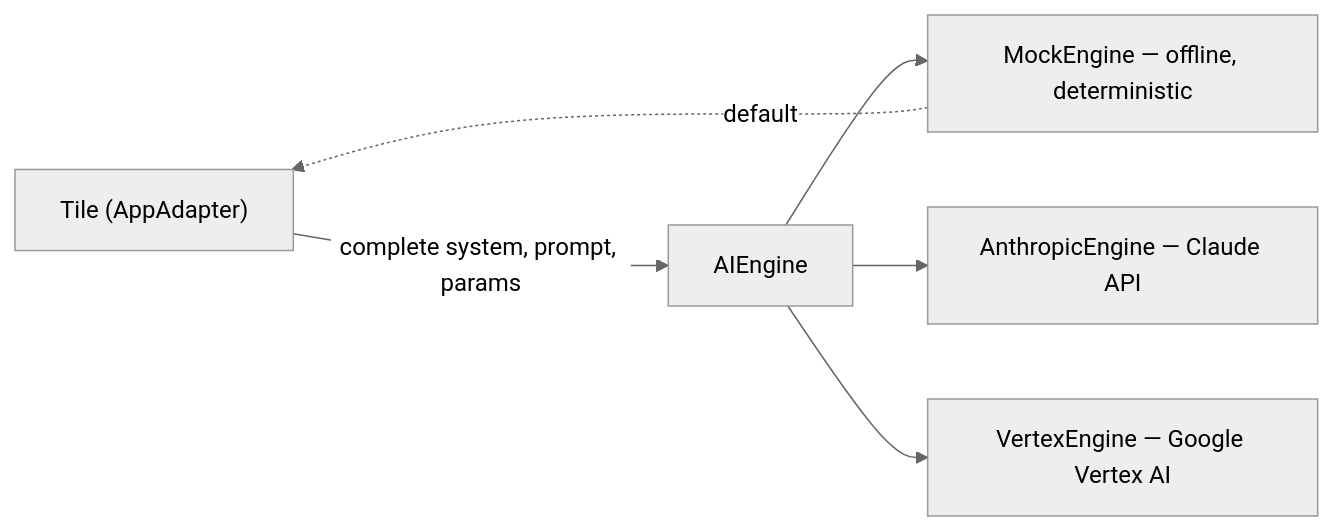
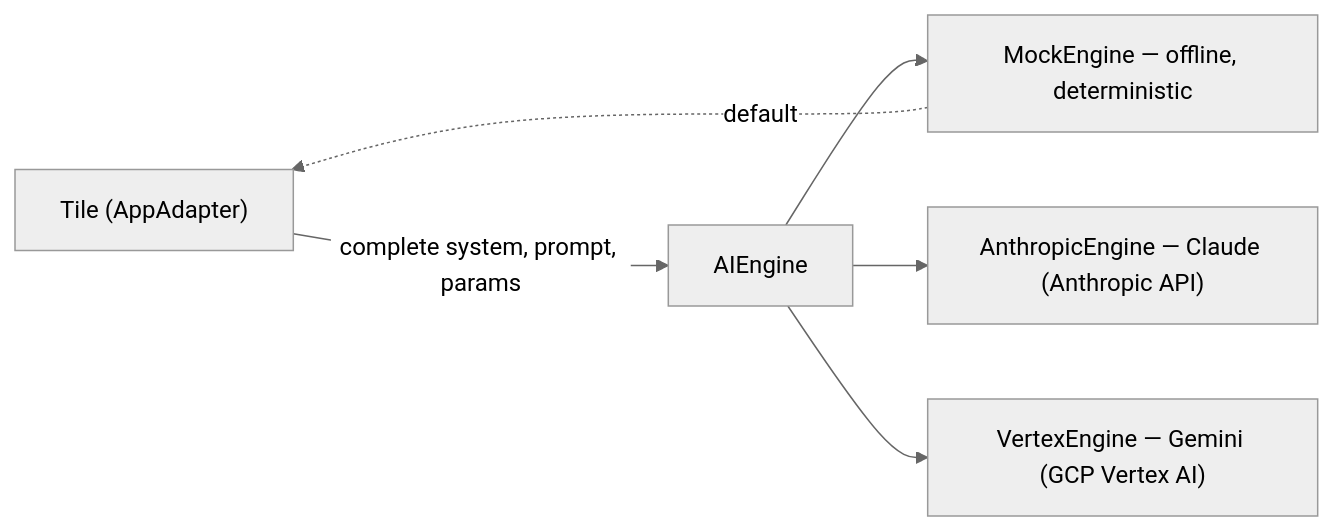
One commit to koeplinger/ai_devsecbuddy changed the diagram in docs/ai-engines.md. Above: the diagram before and after it, drawn with Mermaid (neutral theme). The commit also changed other lines of this file and 9 other files, not shown here.

Commit message:
gemini on vertex; env config

````diff
--- a/docs/ai-engines.md
+++ b/docs/ai-engines.md
@@ -114,8 +115,8 @@
 ```mermaid
 flowchart LR
   Tile["Tile (AppAdapter)"] -->|complete system, prompt, params| Engine["AIEngine"]
   Engine --> Mock["MockEngine — offline, deterministic"]
-  Engine --> Anthropic["AnthropicEngine — Claude API"]
-  Engine --> Vertex["VertexEngine — Google Vertex AI"]
+  Engine --> Anthropic["AnthropicEngine — Claude (Anthropic API)"]
+  Engine --> Vertex["VertexEngine — Gemini (GCP Vertex AI)"]
   Mock -.default.-> Tile
 ```
````
